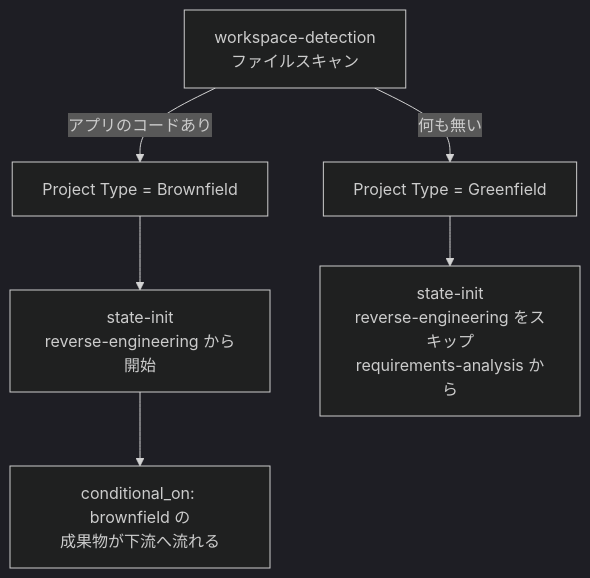
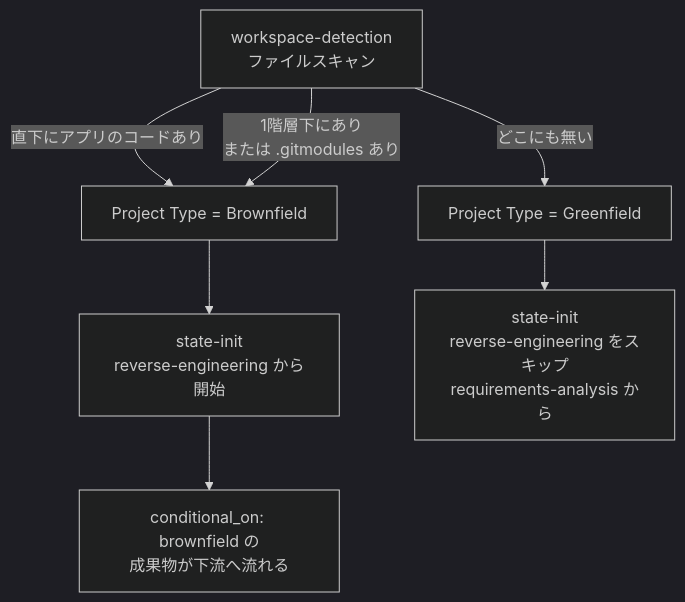
Before and after one commit to takeshishimada/qiita-docs: the first of 2 diagrams in public/aidlc-v2-09-brownfield.md, drawn with Mermaid (dark theme). The commit also changed other lines of this file and 23 other files, not shown here.

````diff
--- a/public/aidlc-v2-09-brownfield.md
+++ b/public/aidlc-v2-09-brownfield.md
@@ -51,8 +55,9 @@
 ```mermaid
 flowchart TD
-    A[workspace-detection<br/>ファイルスキャン] -->|アプリのコードあり| B[Project Type = Brownfield]
-    A -->|何も無い| C[Project Type = Greenfield]
+    A[workspace-detection<br/>ファイルスキャン] -->|直下にアプリのコードあり| B[Project Type = Brownfield]
+    A -->|1階層下にあり<br/>または .gitmodules あり| B
+    A -->|どこにも無い| C[Project Type = Greenfield]
     B --> D[state-init<br/>reverse-engineering から開始]
     C --> E[state-init<br/>reverse-engineering をスキップ<br/>requirements-analysis から]
     D --> F[conditional_on: brownfield の<br/>成果物が下流へ流れる]
 ```
````
